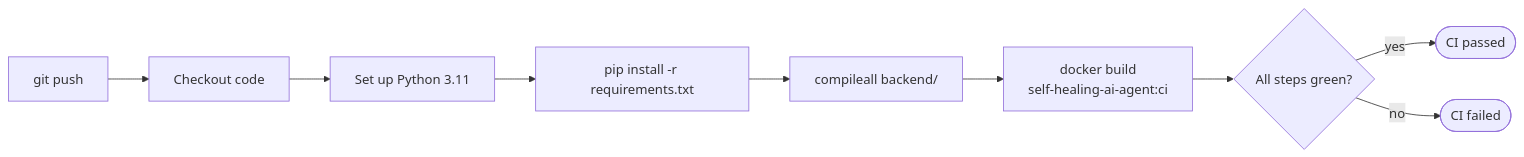
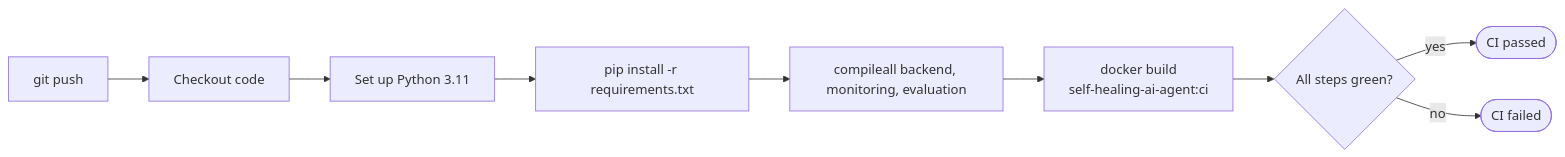
Before and after one commit to MuhammadAbbas01/Self_Healing_Customer_support_agent: the second of 3 diagrams in README.md, drawn with Mermaid. The commit also changed other lines of this file and 7 other files, not shown here.

Commit message:
Move monitoring and evaluation out of backend to the project root

````diff
--- a/README.md
+++ b/README.md
@@ -177,11 +177,11 @@
 ```mermaid
 flowchart LR
     A["git push"] --> B["Checkout code"]
     B --> C["Set up Python 3.11"]
     C --> D["pip install -r requirements.txt"]
-    D --> E["compileall backend/"]
+    D --> E["compileall backend, monitoring, evaluation"]
     E --> F["docker build<br/>self-healing-ai-agent:ci"]
     F --> G{"All steps green?"}
     G -- "yes" --> H(["CI passed"])
     G -- "no" --> I(["CI failed"])
 ```
````
